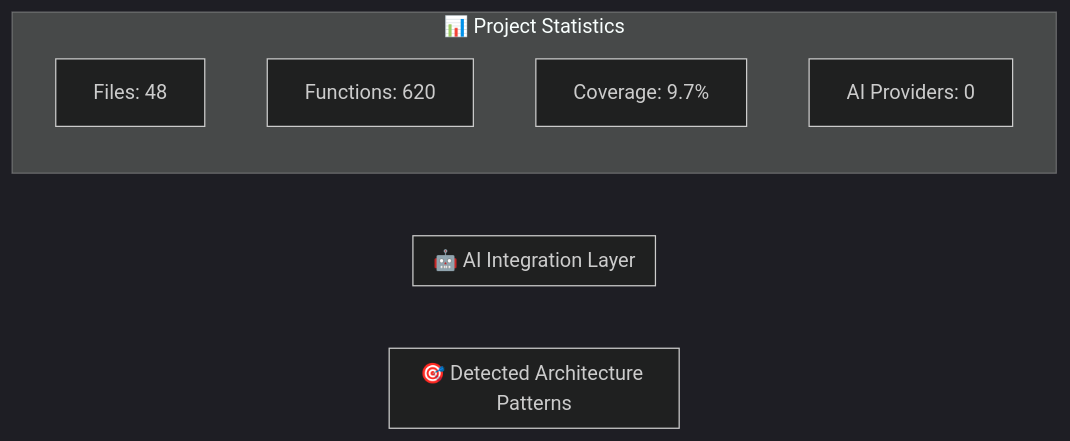
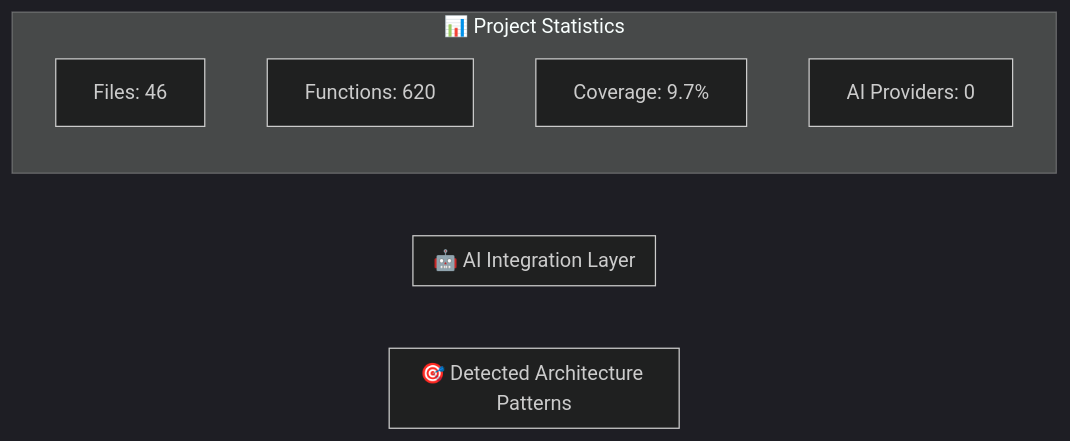
One commit to Spitfire-Products/Arkival-V4 changed the second of 4 diagrams in ARCHITECTURE_DIAGRAM.md. Above: the diagram before and after it, drawn with Mermaid (dark theme). The commit also changed other lines of this file and 5 other files, not shown here.

````diff
--- a/ARCHITECTURE_DIAGRAM.md
+++ b/ARCHITECTURE_DIAGRAM.md
@@ -38,17 +39,17 @@
 ```mermaid
 graph LR
     subgraph "🎯 Detected Architecture Patterns"
         
     end
 
     subgraph "🤖 AI Integration Layer"
         
     end
 
     subgraph "📊 Project Statistics"
-        STATS1[Files: 48]
+        STATS1[Files: 46]
         STATS2[Functions: 620]
         STATS3[Coverage: 9.7%]
         STATS4[AI Providers: 0]
     end
 ```
````
